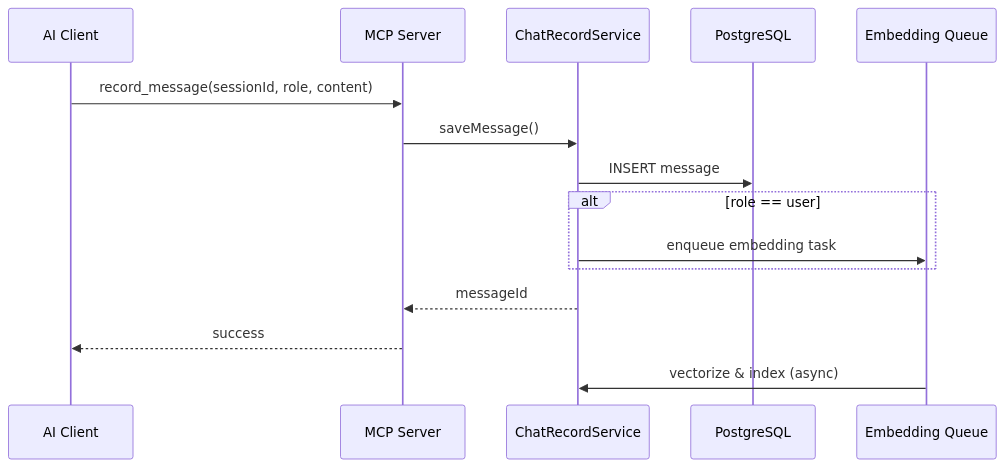
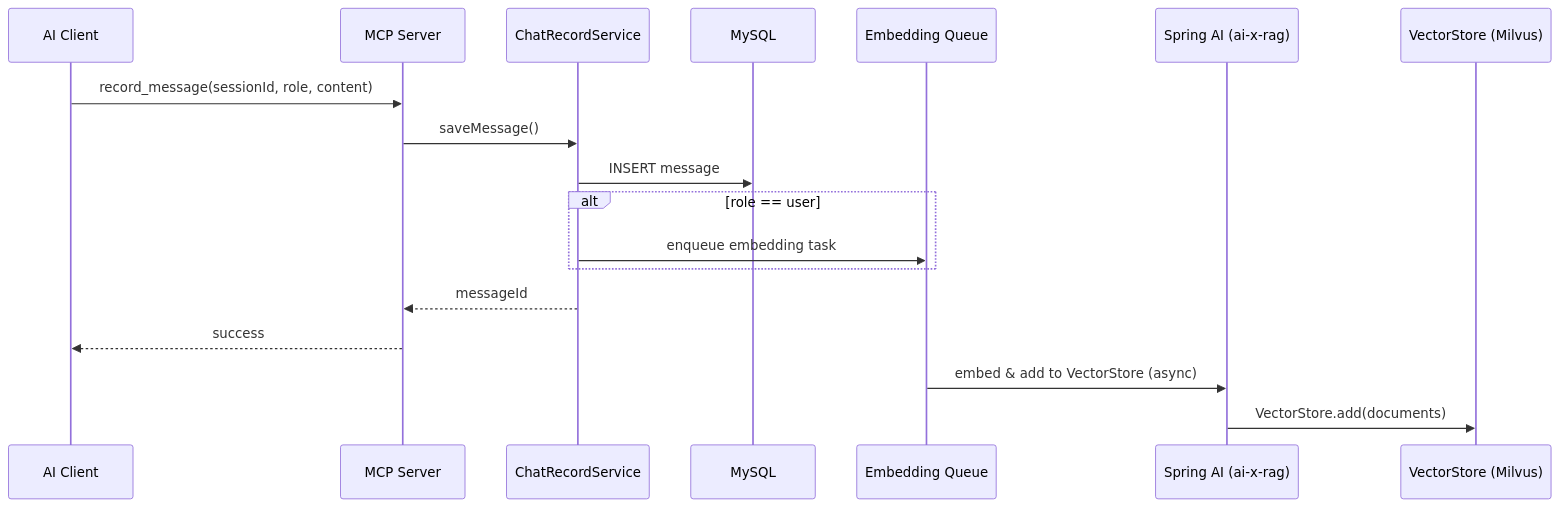
One commit to wangguoxi0814/AI-X changed the first of 2 diagrams in docs/requirements.md. Above: the diagram before and after it, drawn with Mermaid. The commit also changed other lines of this file and 2 other files, not shown here.

Commit message:
docs(md):调整文档，明确放弃PGSQL使用，改用MySQL,明确框架使用Spring AI,增加RAG相关的内容

````diff
--- a/docs/requirements.md
+++ b/docs/requirements.md
@@ -370,18 +452,21 @@
 ```mermaid
 sequenceDiagram
     participant Client as AI Client
     participant MCP as MCP Server
     participant Svc as ChatRecordService
-    participant DB as PostgreSQL
+    participant DB as MySQL
     participant Q as Embedding Queue
+    participant RAG as Spring AI (ai-x-rag)
+    participant Vec as VectorStore (Milvus)
 
     Client->>MCP: record_message(sessionId, role, content)
     MCP->>Svc: saveMessage()
     Svc->>DB: INSERT message
     alt role == user
         Svc->>Q: enqueue embedding task
     end
     Svc-->>MCP: messageId
     MCP-->>Client: success
-    Q->>Svc: vectorize & index (async)
+    Q->>RAG: embed & add to VectorStore (async)
+    RAG->>Vec: VectorStore.add(documents)
 ```
````
